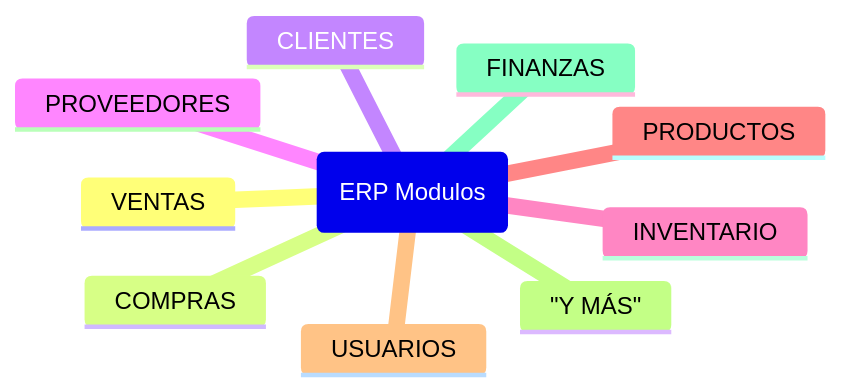
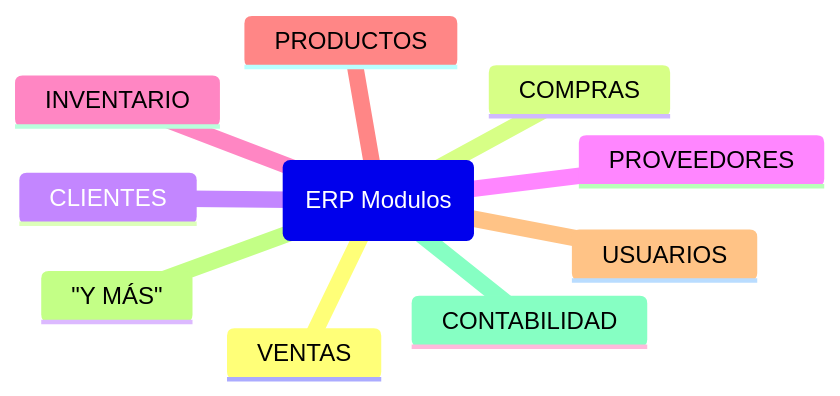
The diagram in README.md (simsimi2143/ERP_Proyecto), drawn with Mermaid before and after one commit. The commit also changed 14 other files, not shown here.

````diff
--- a/README.md
+++ b/README.md
@@ -5,13 +5,13 @@
 ``` mermaid
 mindmap
   root(ERP Modulos)
     VENTAS
     COMPRAS
     CLIENTES
     PROVEEDORES
     INVENTARIO
     PRODUCTOS
     USUARIOS 
     "Y MÁS"
-    FINANZAS
+    CONTABILIDAD
 ```
````
